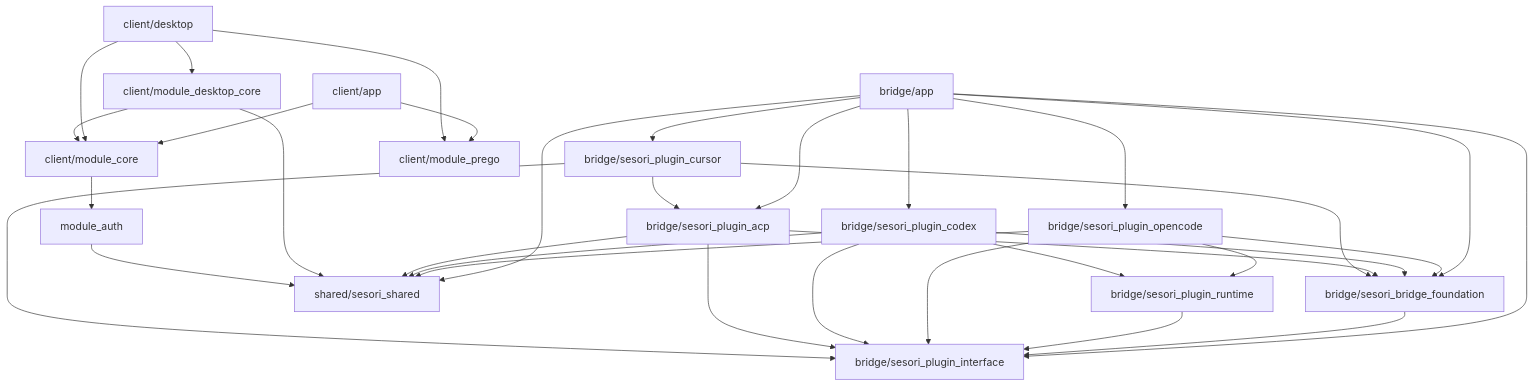
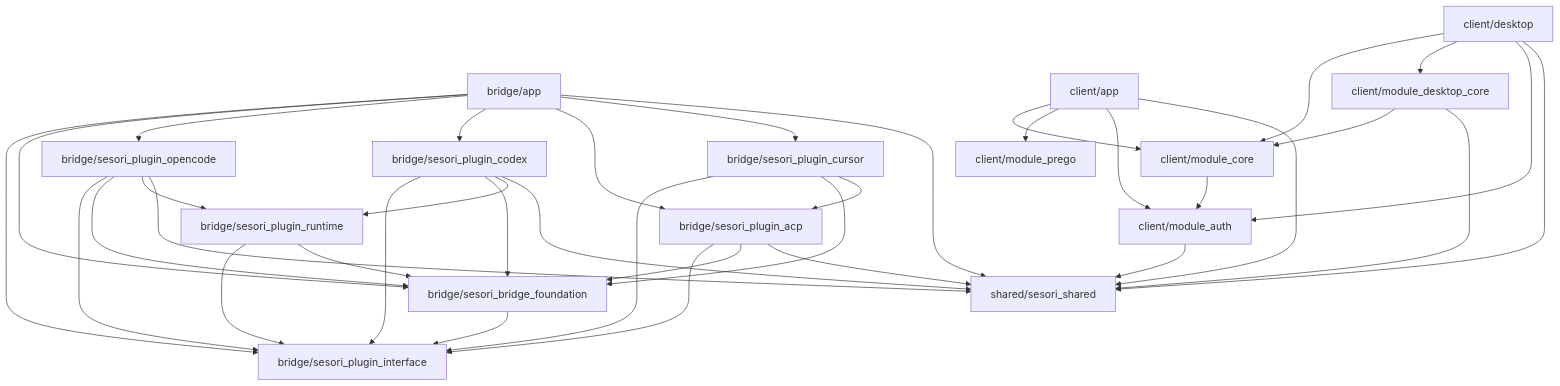
Before and after one commit to sesori-ai/sesori_apps_monorepo: the first of 2 diagrams in docs/ARCHITECTURE.md, drawn with Mermaid. The commit also changed other lines of this file and 5 other files, not shown here.

````diff
--- a/docs/ARCHITECTURE.md
+++ b/docs/ARCHITECTURE.md
@@ -35,36 +35,40 @@
 ```mermaid
 graph TD
   bridge_app[bridge/app] --> sesori_plugin_interface[bridge/sesori_plugin_interface]
   bridge_app --> sesori_bridge_foundation[bridge/sesori_bridge_foundation]
   bridge_app --> sesori_plugin_opencode[bridge/sesori_plugin_opencode]
   bridge_app --> sesori_plugin_codex[bridge/sesori_plugin_codex]
   bridge_app --> sesori_plugin_acp[bridge/sesori_plugin_acp]
   bridge_app --> sesori_plugin_cursor[bridge/sesori_plugin_cursor]
   bridge_app --> sesori_shared[shared/sesori_shared]
   sesori_bridge_foundation --> sesori_plugin_interface
   sesori_plugin_runtime[bridge/sesori_plugin_runtime] --> sesori_plugin_interface
+  sesori_plugin_runtime --> sesori_bridge_foundation
   sesori_plugin_opencode --> sesori_plugin_interface
   sesori_plugin_opencode --> sesori_bridge_foundation
   sesori_plugin_opencode --> sesori_plugin_runtime
   sesori_plugin_opencode --> sesori_shared
   sesori_plugin_codex --> sesori_plugin_interface
   sesori_plugin_codex --> sesori_bridge_foundation
   sesori_plugin_codex --> sesori_plugin_runtime
   sesori_plugin_codex --> sesori_shared
   sesori_plugin_acp --> sesori_plugin_interface
   sesori_plugin_acp --> sesori_bridge_foundation
   sesori_plugin_acp --> sesori_shared
   sesori_plugin_cursor --> sesori_plugin_interface
   sesori_plugin_cursor --> sesori_bridge_foundation
   sesori_plugin_cursor --> sesori_plugin_acp
 
   mobile_app[client/app] --> module_core[client/module_core]
   mobile_app --> module_prego[client/module_prego]
+  mobile_app --> module_auth[client/module_auth]
+  mobile_app --> sesori_shared
   desktop_app[client/desktop] --> module_core
   desktop_app --> module_desktop_core[client/module_desktop_core]
-  desktop_app --> module_prego
+  desktop_app --> module_auth
+  desktop_app --> sesori_shared
   module_desktop_core --> module_core
   module_desktop_core --> sesori_shared
   module_core --> module_auth
   module_auth --> sesori_shared
 ```
````
